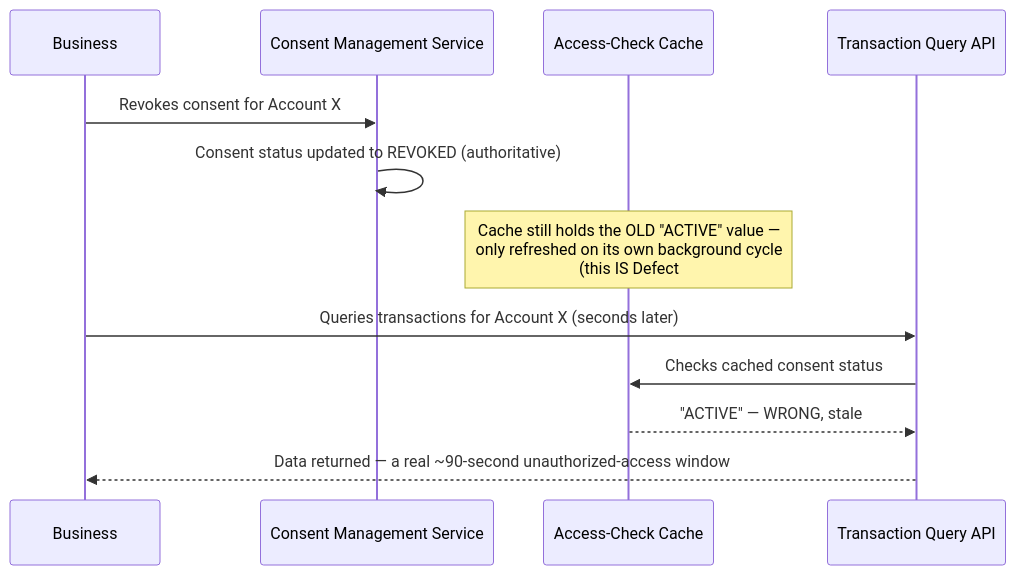
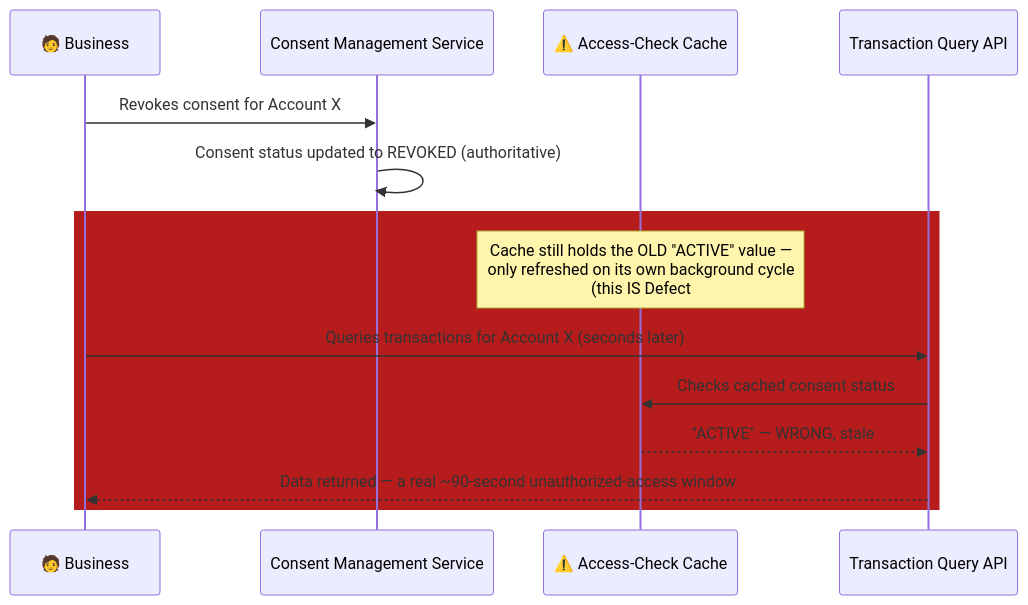
One commit to ghanendra-sdet/fintech-connected-banking-platform changed the seventh of 9 diagrams in docs/architecture-and-flow.md. Above: the diagram before and after it, drawn with Mermaid. The commit also changed other lines of this file, not shown here.

Commit message:
docs: enhance architecture diagrams and generalize cross-repo testing insight

````diff
--- a/docs/architecture-and-flow.md
+++ b/docs/architecture-and-flow.md
@@ -152,15 +197,17 @@
 ```mermaid
 sequenceDiagram
-    participant Business
+    participant Business as 🧑 Business
     participant ConsentSvc as Consent Management Service
-    participant Cache as Access-Check Cache
+    participant Cache as ⚠️ Access-Check Cache
     participant TxnAPI as Transaction Query API
 
     Business->>ConsentSvc: Revokes consent for Account X
     ConsentSvc->>ConsentSvc: Consent status updated to REVOKED (authoritative)
+    rect rgb(183, 28, 28)
     Note over Cache: Cache still holds the OLD "ACTIVE" value —<br/>only refreshed on its own background cycle<br/>(this IS Defect #4's actual root cause)
     Business->>TxnAPI: Queries transactions for Account X (seconds later)
     TxnAPI->>Cache: Checks cached consent status
     Cache-->>TxnAPI: "ACTIVE" — WRONG, stale
     TxnAPI-->>Business: Data returned — a real ~90-second unauthorized-access window
+    end
 ```
````
